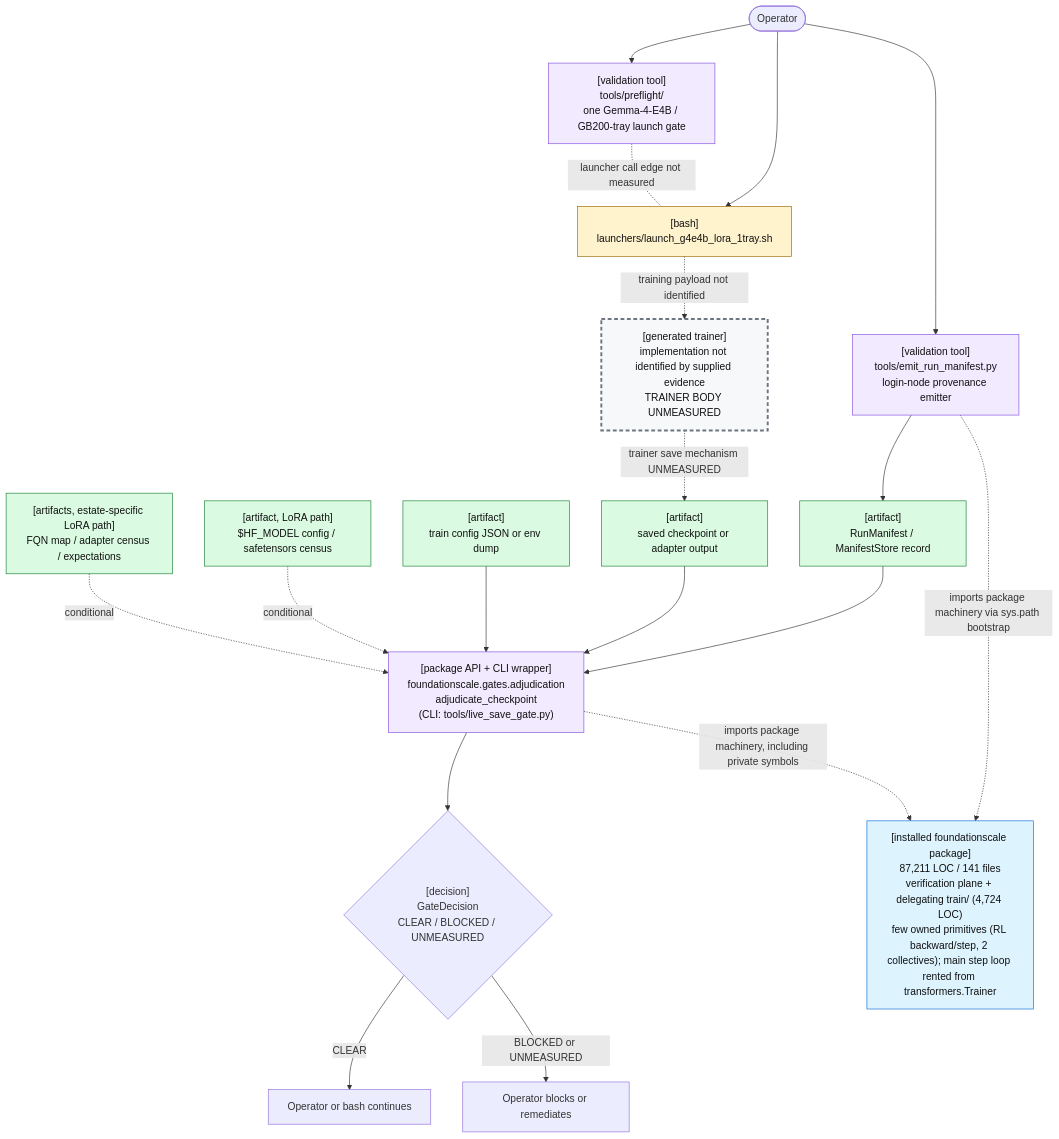
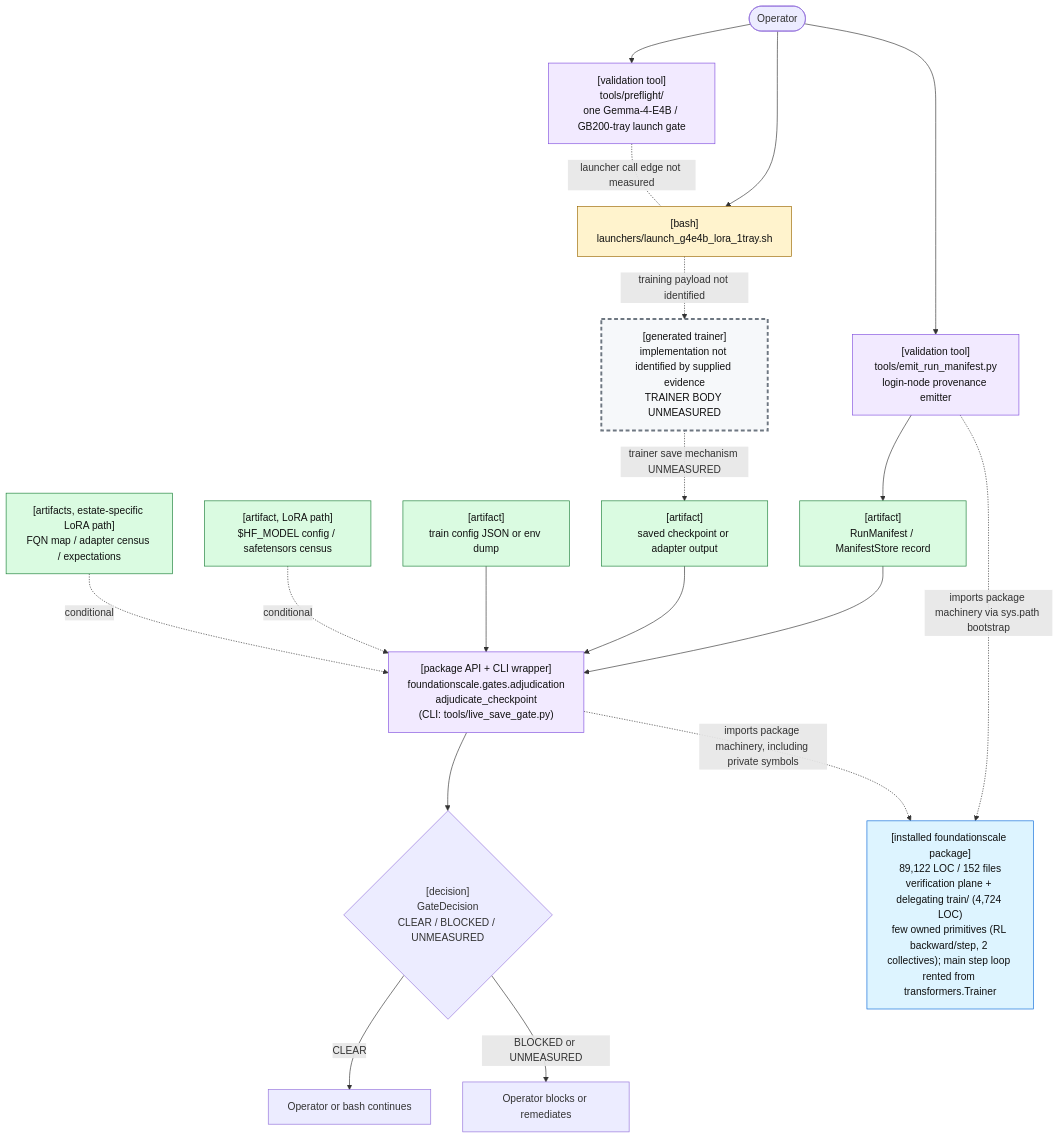
One commit to TranNhiem/FoundationScale changed the first of 2 diagrams in docs/review/D2_current_architecture.md. Above: the diagram before and after it, drawn with Mermaid. The commit also changed other lines of this file and 10 other files, not shown here.

````diff
--- a/docs/review/D2_current_architecture.md
+++ b/docs/review/D2_current_architecture.md
@@ -25,59 +25,59 @@
 ```mermaid
 flowchart TB
   O(["Operator"])
 
   PF["[validation tool]<br/>tools/preflight/<br/>one Gemma-4-E4B / GB200-tray launch gate"]
   L["[bash]<br/>launchers/launch_g4e4b_lora_1tray.sh"]
 
   E["[validation tool]<br/>tools/emit_run_manifest.py<br/>login-node provenance emitter"]
   M["[artifact]<br/>RunManifest / ManifestStore record"]
 
   T["[generated trainer]<br/>implementation not identified by supplied evidence<br/>TRAINER BODY UNMEASURED"]
   C["[artifact]<br/>saved checkpoint or adapter output"]
 
   G["[package API + CLI wrapper]<br/>foundationscale.gates.adjudication<br/>adjudicate_checkpoint<br/>(CLI: tools/live_save_gate.py)"]
   CFG["[artifact]<br/>train config JSON or env dump"]
   BASE["[artifact, LoRA path]<br/>$HF_MODEL config / safetensors census"]
   CEN["[artifacts, estate-specific LoRA path]<br/>FQN map / adapter census / expectations"]
 
   D{"[decision]<br/>GateDecision<br/>CLEAR / BLOCKED / UNMEASURED"}
   OK["Operator or bash continues"]
   NO["Operator blocks or remediates"]
 
-  PKG["[installed foundationscale package]<br/>87,211 LOC / 141 files<br/>verification plane + delegating train/ (4,724 LOC)<br/>few owned primitives (RL backward/step, 2 collectives); main step loop rented from transformers.Trainer"]
+  PKG["[installed foundationscale package]<br/>89,122 LOC / 152 files<br/>verification plane + delegating train/ (4,724 LOC)<br/>few owned primitives (RL backward/step, 2 collectives); main step loop rented from transformers.Trainer"]
 
   O --> PF
   O --> L
   PF -. "launcher call edge not measured" .- L
 
   O --> E
   E --> M
 
   L -. "training payload not identified" .-> T
   T -. "trainer save mechanism UNMEASURED" .-> C
 
   M --> G
   C --> G
   CFG --> G
   BASE -. "conditional" .-> G
   CEN -. "conditional" .-> G
 
   E -. "imports package machinery via sys.path bootstrap" .-> PKG
   G -. "imports package machinery, including private symbols" .-> PKG
 
   G --> D
   D -->|"CLEAR"| OK
   D -->|"BLOCKED or UNMEASURED"| NO
 
   classDef bash fill:#fff3cd,stroke:#9a6700,color:#111;
   classDef tool fill:#f2eaff,stroke:#8250df,color:#111;
   classDef artifact fill:#dafbe1,stroke:#1a7f37,color:#111;
   classDef gap fill:#f6f8fa,stroke:#6e7781,stroke-width:3px,stroke-dasharray: 6 4,color:#111;
   classDef pkg fill:#ddf4ff,stroke:#0969da,color:#111;
 
   class L bash;
   class PF,E,G tool;
   class M,C,CFG,BASE,CEN artifact;
   class T gap;
   class PKG pkg;
 ```
````
